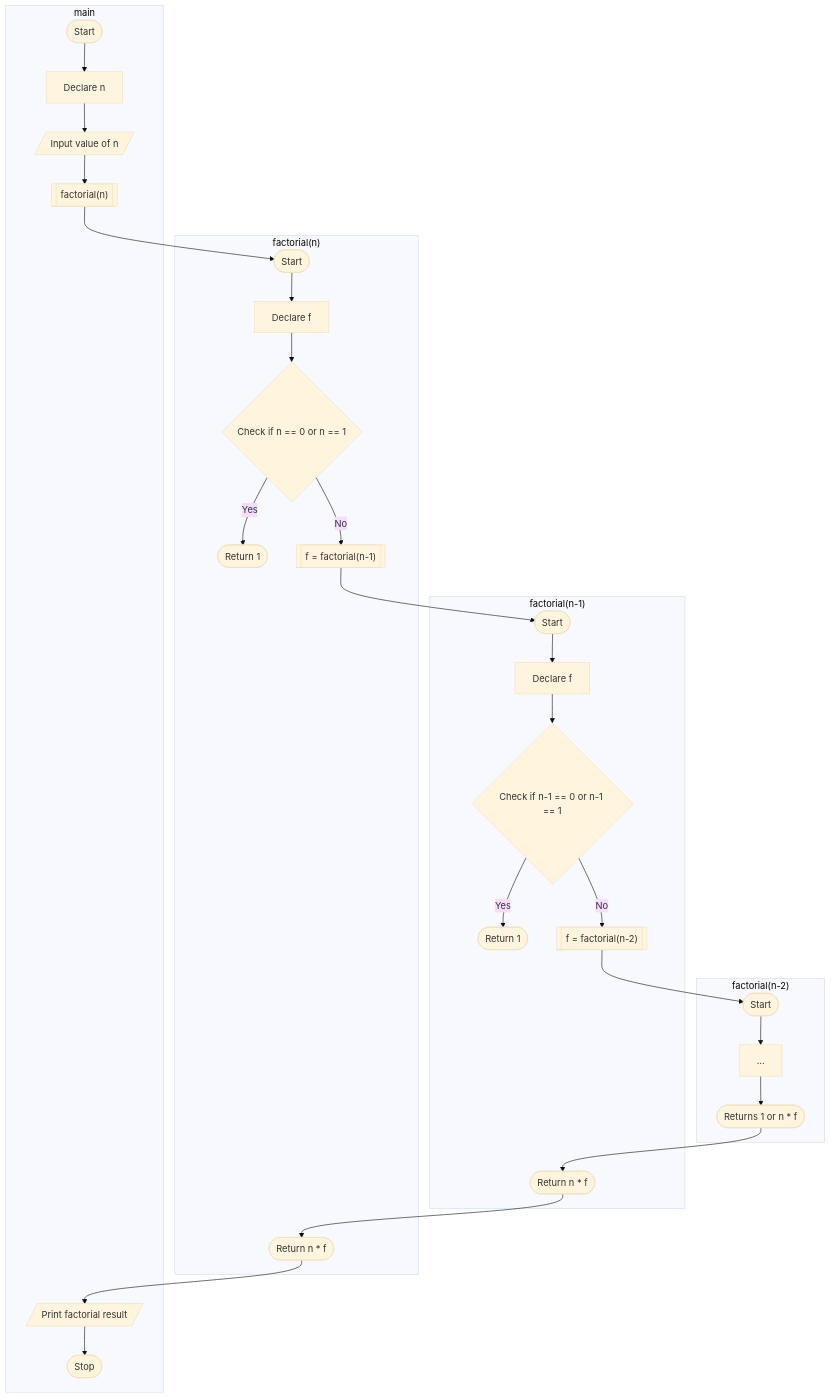
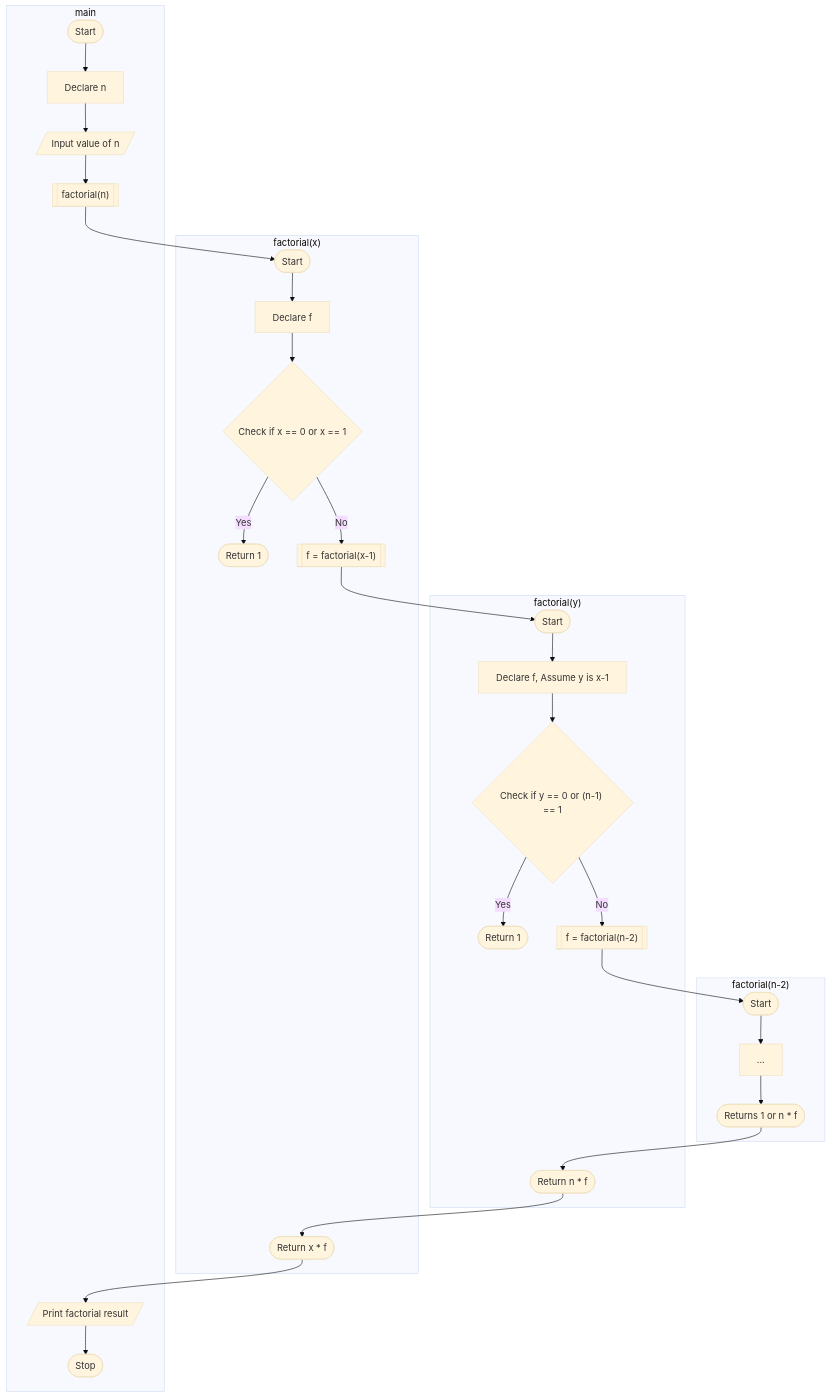
One commit to Vinit-source/Programming-for-problem-solving changed the second of 2 diagrams in PR/P8 - Recursion.md. Above: the diagram before and after it, drawn with Mermaid (base theme). The commit also changed other lines of this file, not shown here.

Commit message:
PR/P8 - Recursion.md updated from https://stackedit.io/

````diff
--- a/PR/P8 - Recursion.md
+++ b/PR/P8 - Recursion.md
@@ -47,34 +47,34 @@
 ```mermaid
 flowchart TD;
 subgraph ide3["factorial(n-2)"]
 	funcStart3([Start])
 	funcStart3 --> A3[...];
 	A3 --> E3([Returns 1 or n * f]);
 end
-subgraph ide2["factorial(n-1)"]
+subgraph ide2["factorial(y)"]
 	    funcStart2([Start])
-        funcStart2 --> A2[Declare f];
-        A2 --> B2{Check if n-1 == 0 or n-1 == 1};
+        funcStart2 --> A2[Declare f, Assume y is x-1];
+        A2 --> B2{"Check if y == 0 or (n-1) == 1"};
         B2 -- Yes --> C2([Return 1]);
         B2 -- No --> D2[["f = factorial(n-2)"]];
         D2 --> funcStart3;
         E3 --> E2([Return n * f]);
  end
- subgraph ide1["factorial(n)"]
+ subgraph ide1["factorial(x)"]
 		funcStart([Start]);
         funcStart --> A1[Declare f];
-        A1 --> B1{Check if n == 0 or n == 1};
+        A1 --> B1{Check if x == 0 or x == 1};
         B1 -- Yes --> C1([Return 1]);
-        B1 -- No --> D1[["f = factorial(n-1)"]];
+        B1 -- No --> D1[["f = factorial(x-1)"]];
         D1 --> funcStart2
-        E2 --> E1([Return n * f]);
+        E2 --> E1([Return x * f]);
     end
 subgraph main
 	Start([Start]) --> B[Declare n];
     B --> C[/Input value of n/];
     C --> D[["factorial(n)"]]
     D --> funcStart
     E1 -->  E[/Print factorial result/];
     E --> F([Stop]);
    end
 ```
````
